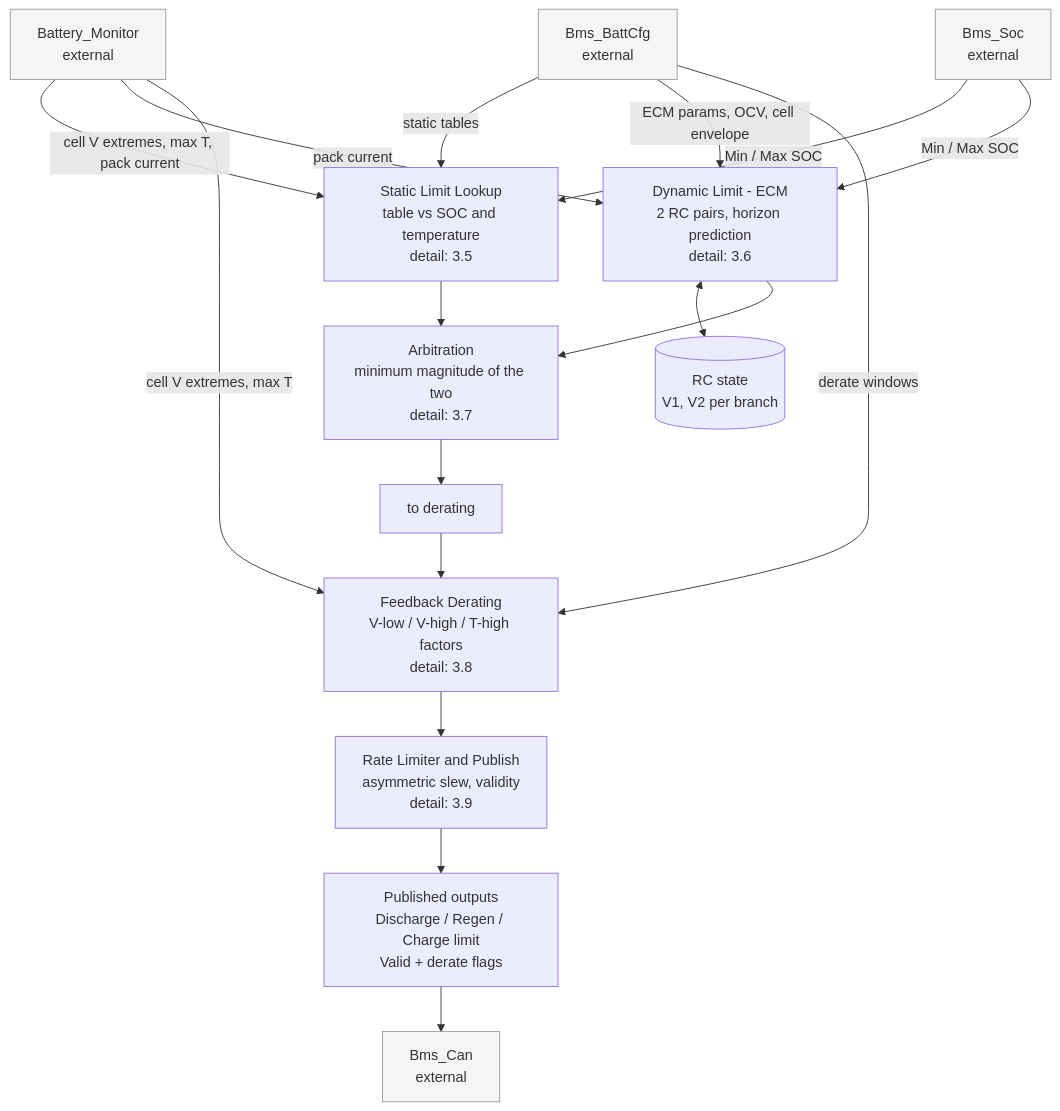
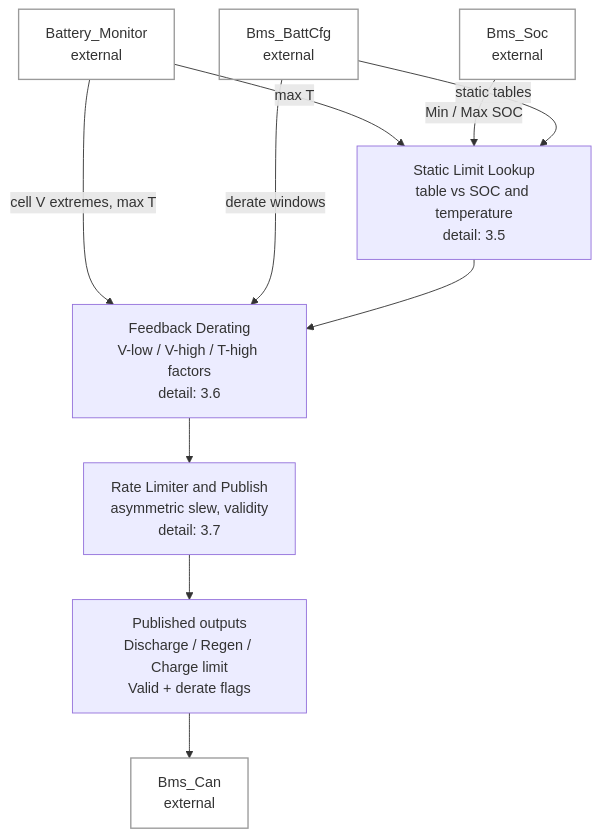
The second of 6 diagrams in src/battery/SOP_DESIGN.md (jsivolt/BMS_demo), drawn with Mermaid before and after one commit. The commit also changed other lines of this file, not shown here.

````diff
--- a/src/battery/SOP_DESIGN.md
+++ b/src/battery/SOP_DESIGN.md
@@ -160,37 +157,27 @@
 ```mermaid
 flowchart TD
     BM["Battery_Monitor<br/>external"]
     SOC["Bms_Soc<br/>external"]
     CFG["Bms_BattCfg<br/>external"]
     CANM["Bms_Can<br/>external"]
 
     STATIC["Static Limit Lookup<br/>table vs SOC and temperature<br/>detail: 3.5"]
-    ECM["Dynamic Limit - ECM<br/>2 RC pairs, horizon prediction<br/>detail: 3.6"]
-    ARB["Arbitration<br/>minimum magnitude of the two<br/>detail: 3.7"]
-    DERATE["Feedback Derating<br/>V-low / V-high / T-high factors<br/>detail: 3.8"]
-    SLEW["Rate Limiter and Publish<br/>asymmetric slew, validity<br/>detail: 3.9"]
+    DERATE["Feedback Derating<br/>V-low / V-high / T-high factors<br/>detail: 3.6"]
+    SLEW["Rate Limiter and Publish<br/>asymmetric slew, validity<br/>detail: 3.7"]
 
-    RCSTATE[("RC state<br/>V1, V2 per branch")]
     OUT["Published outputs<br/>Discharge / Regen / Charge limit<br/>Valid + derate flags"]
 
-    BM -->|"cell V extremes, max T, pack current"| STATIC
-    BM -->|"pack current"| ECM
+    BM -->|"max T"| STATIC
     BM -->|"cell V extremes, max T"| DERATE
     SOC -->|"Min / Max SOC"| STATIC
-    SOC -->|"Min / Max SOC"| ECM
     CFG -->|"static tables"| STATIC
-    CFG -->|"ECM params, OCV, cell envelope"| ECM
     CFG -->|"derate windows"| DERATE
 
-    ECM <--> RCSTATE
-    STATIC --> ARB
-    ECM --> ARB
-    ARB --> DER2["to derating"]
-    DER2 --> DERATE
+    STATIC --> DERATE
     DERATE --> SLEW
     SLEW --> OUT
     OUT --> CANM
 
-    classDef ext fill:#f5f5f5,stroke:#999
+    classDef ext fill:transparent,stroke:#9a9a9a,stroke-width:1.5px
     class BM,SOC,CFG,CANM ext
 ```
````
